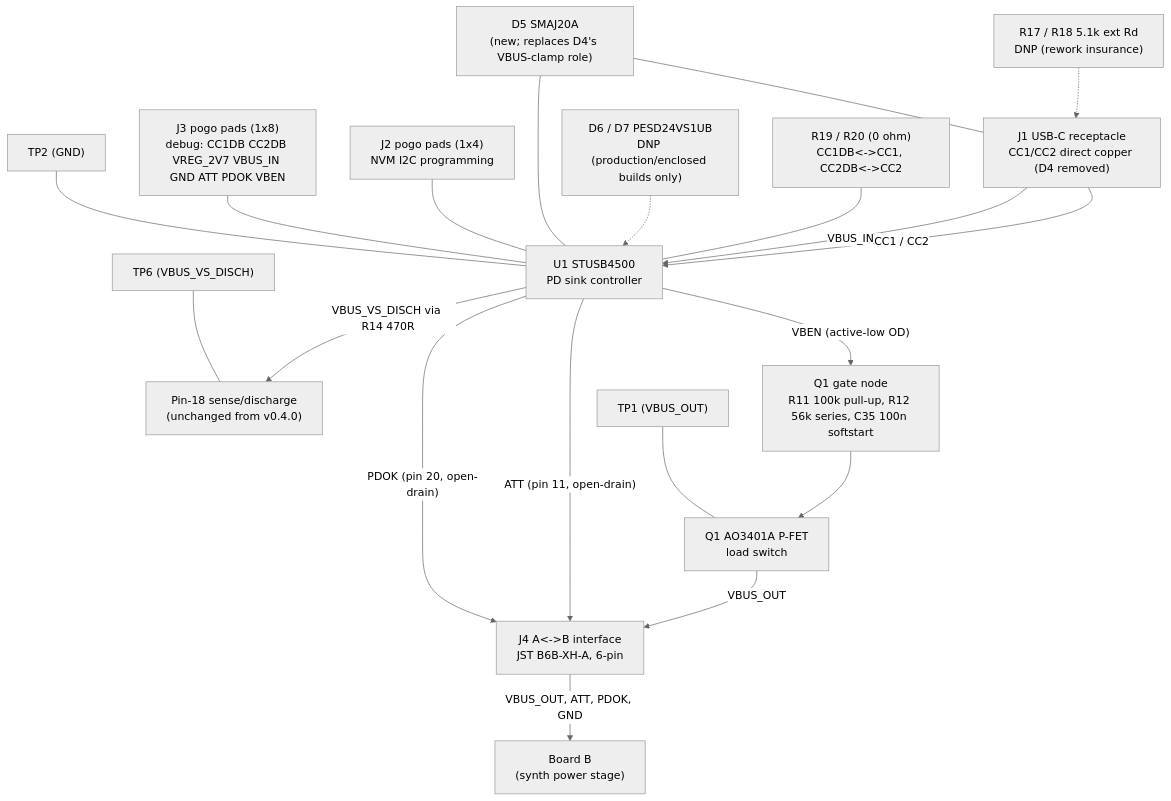
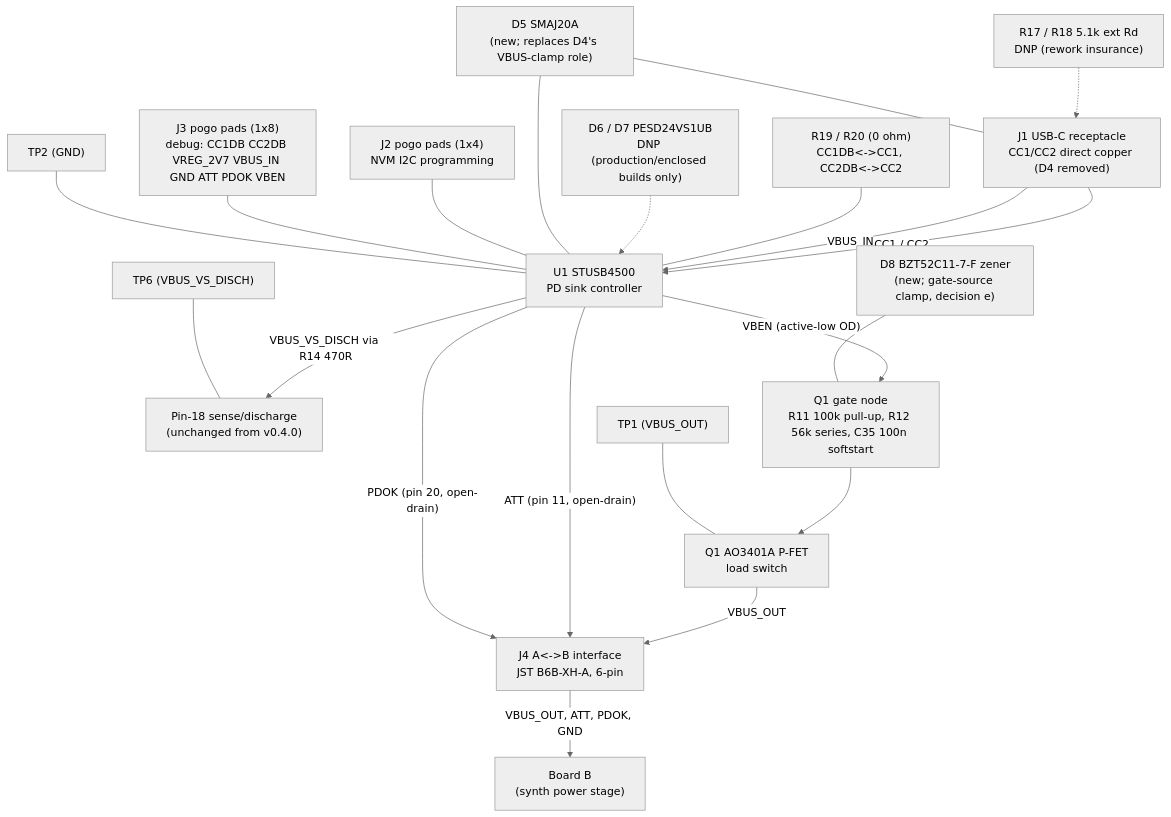
The diagram in doc/src/content/docs/overview/board-a-usb-pd-core.md (Takazudo/zudo-power-usb-pd), drawn with Mermaid (neutral theme) before and after one commit. The commit also changed other lines of this file and 8 other files, not shown here.

````diff
--- a/doc/src/content/docs/overview/board-a-usb-pd-core.md
+++ b/doc/src/content/docs/overview/board-a-usb-pd-core.md
@@ -40,29 +44,30 @@
 ```mermaid
 flowchart TD
   J1["J1 USB-C receptacle\nCC1/CC2 direct copper (D4 removed)"] -->|"CC1 / CC2"| U1["U1 STUSB4500\nPD sink controller"]
   J1 -->|"VBUS_IN"| U1
 
   RD["R17 / R18 5.1k ext Rd\nDNP (rework insurance)"] -.-> J1
   DB["R19 / R20 (0 ohm)\nCC1DB<->CC1, CC2DB<->CC2"] --- U1
   CCESD["D6 / D7 PESD24VS1UB\nDNP (production/enclosed builds only)"] -.-> U1
 
   U1 -->|"VBUS_VS_DISCH via R14 470R"| P18["Pin-18 sense/discharge\n(unchanged from v0.4.0)"]
   U1 -->|"VBEN (active-low OD)"| GATE["Q1 gate node\nR11 100k pull-up, R12 56k series, C35 100n softstart"]
   GATE --> Q1["Q1 AO3401A P-FET\nload switch"]
+  D8["D8 BZT52C11-7-F zener\n(new; gate-source clamp, decision e)"] --- GATE
 
   D5["D5 SMAJ20A\n(new; replaces D4's VBUS-clamp role)"] --- U1
   D5 --- J1
 
   Q1 -->|"VBUS_OUT"| J4["J4 A<->B interface\nJST B6B-XH-A, 6-pin"]
   U1 -->|"ATT (pin 11, open-drain)"| J4
   U1 -->|"PDOK (pin 20, open-drain)"| J4
 
   J2["J2 pogo pads (1x4)\nNVM I2C programming"] --- U1
   J3["J3 pogo pads (1x8)\ndebug: CC1DB CC2DB VREG_2V7 VBUS_IN GND ATT PDOK VBEN"] --- U1
 
   TP1["TP1 (VBUS_OUT)"] --- Q1
   TP2["TP2 (GND)"] --- U1
   TP6["TP6 (VBUS_VS_DISCH)"] --- P18
 
   J4 -->|"VBUS_OUT, ATT, PDOK, GND"| BOARD_B["Board B\n(synth power stage)"]
 ```
````
